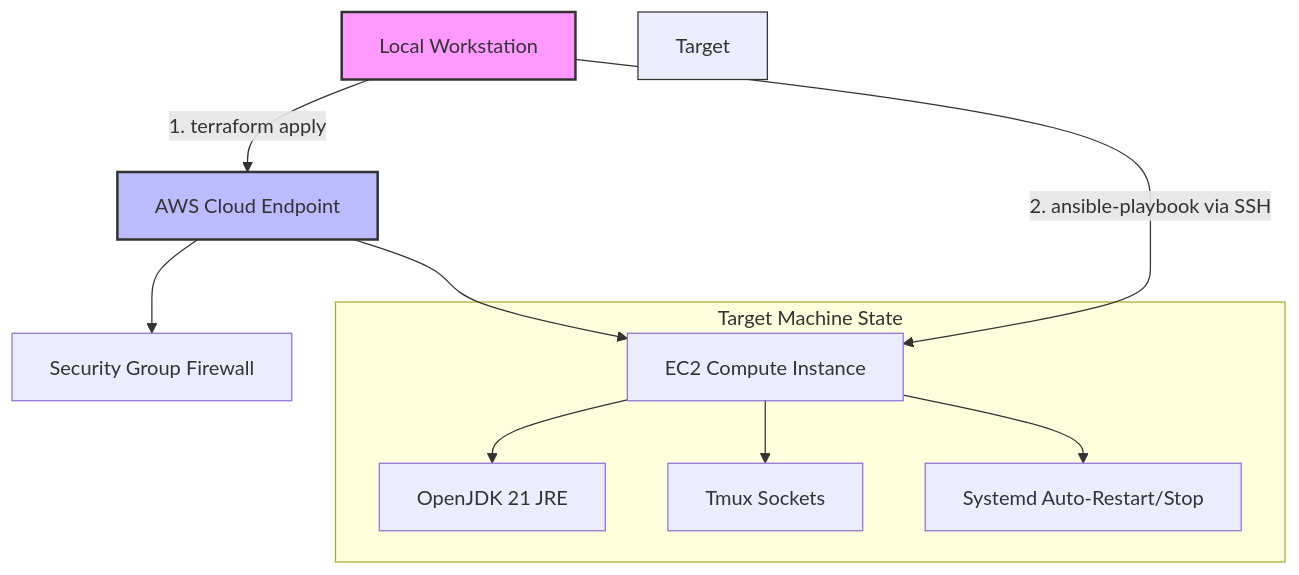
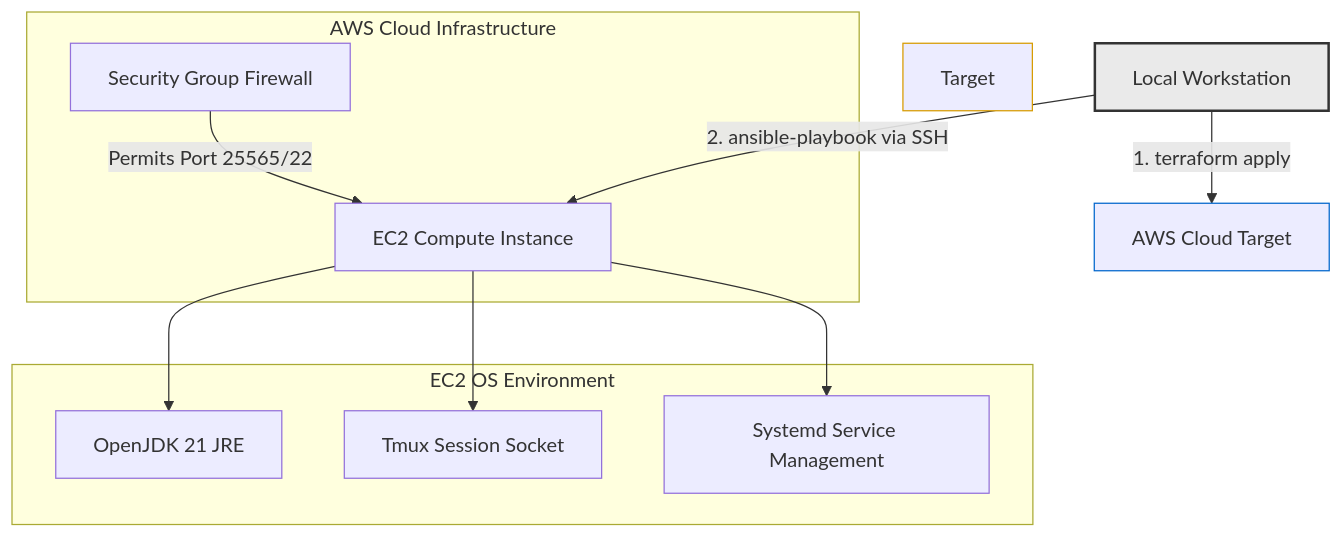
One commit to edaon8/CS312-Course-Project-2 changed the diagram in README.md. Above: the diagram before and after it, drawn with Mermaid.

````diff
--- a/README.md
+++ b/README.md
@@ -43,18 +43,21 @@
 ```mermaid
 graph TD
-    Local[Local Workstation] -->|1. terraform apply| AWS[AWS Cloud Endpoint]
-    AWS --> SG[Security Group Firewall]
-    AWS --> EC2[EC2 Compute Instance]
+    Local[Local Workstation] -->|1. terraform apply| AWS[AWS Cloud Target]
     
-    Local -->|2. ansible-playbook via SSH| EC2
-    
-    subgraph Target Machine State
-        EC2 --> Java[OpenJDK 21 JRE]
-        EC2 --> Tmux[Tmux Sockets]
-        EC2 --> Systemd[Systemd Auto-Restart/Stop]
+    subgraph AWS Cloud Infrastructure
+        SG[Security Group Firewall] -->|Permits Port 25565/22| EC2
+        EC2[EC2 Compute Instance]
     end
 
-    style Local fill:#f9f,stroke:#333,stroke-width:2px
-    style AWS fill:#bbf,stroke:#333,stroke-width:2px
-    style Target Machine State fill:#f96,stroke:#333,stroke-width:1px
+    Local -->|2. ansible-playbook via SSH| EC2
+
+    subgraph Target Machine State [EC2 OS Environment]
+        EC2 --> Java[OpenJDK 21 JRE]
+        EC2 --> Tmux[Tmux Session Socket]
+        EC2 --> Systemd[Systemd Service Management]
+    end
+
+    style Local fill:#eaeaea,stroke:#333,stroke-width:2px
+    style AWS Cloud Infrastructure fill:#d1e8ff,stroke:#0066cc,stroke-width:1px
+    style Target Machine State fill:#ffe6cc,stroke:#d79b00,stroke-width:1px
 ```
````
